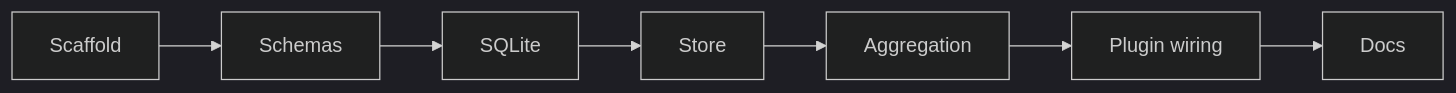
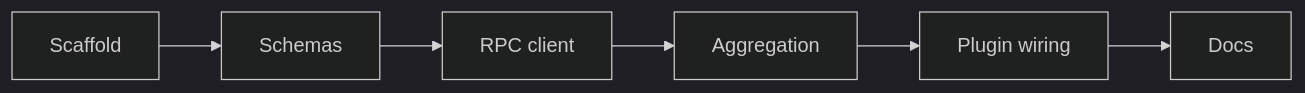
One commit to dxta-dev/clankers changed the diagram in lode/plans/plan.md. Above: the diagram before and after it, drawn with Mermaid (dark theme). The commit also changed other lines of this file and 30 other files, not shown here.

````diff
--- a/lode/plans/plan.md
+++ b/lode/plans/plan.md
@@ -32,9 +31,8 @@
 ```mermaid
 flowchart LR
   Step1[Scaffold] --> Step2[Schemas]
-  Step2 --> Step3[SQLite]
-  Step3 --> Step4[Store]
-  Step4 --> Step5[Aggregation]
-  Step5 --> Step6[Plugin wiring]
-  Step6 --> Step7[Docs]
+  Step2 --> Step3[RPC client]
+  Step3 --> Step4[Aggregation]
+  Step4 --> Step5[Plugin wiring]
+  Step5 --> Step6[Docs]
 ```
````
